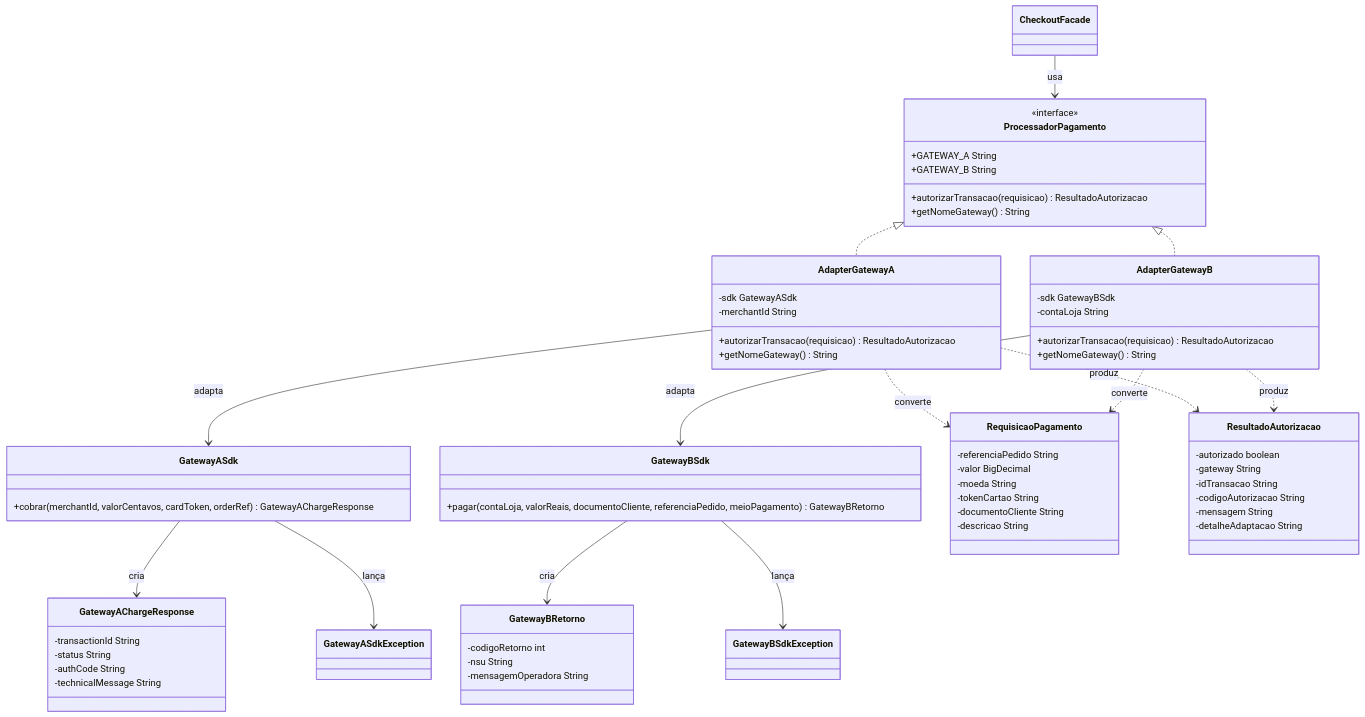
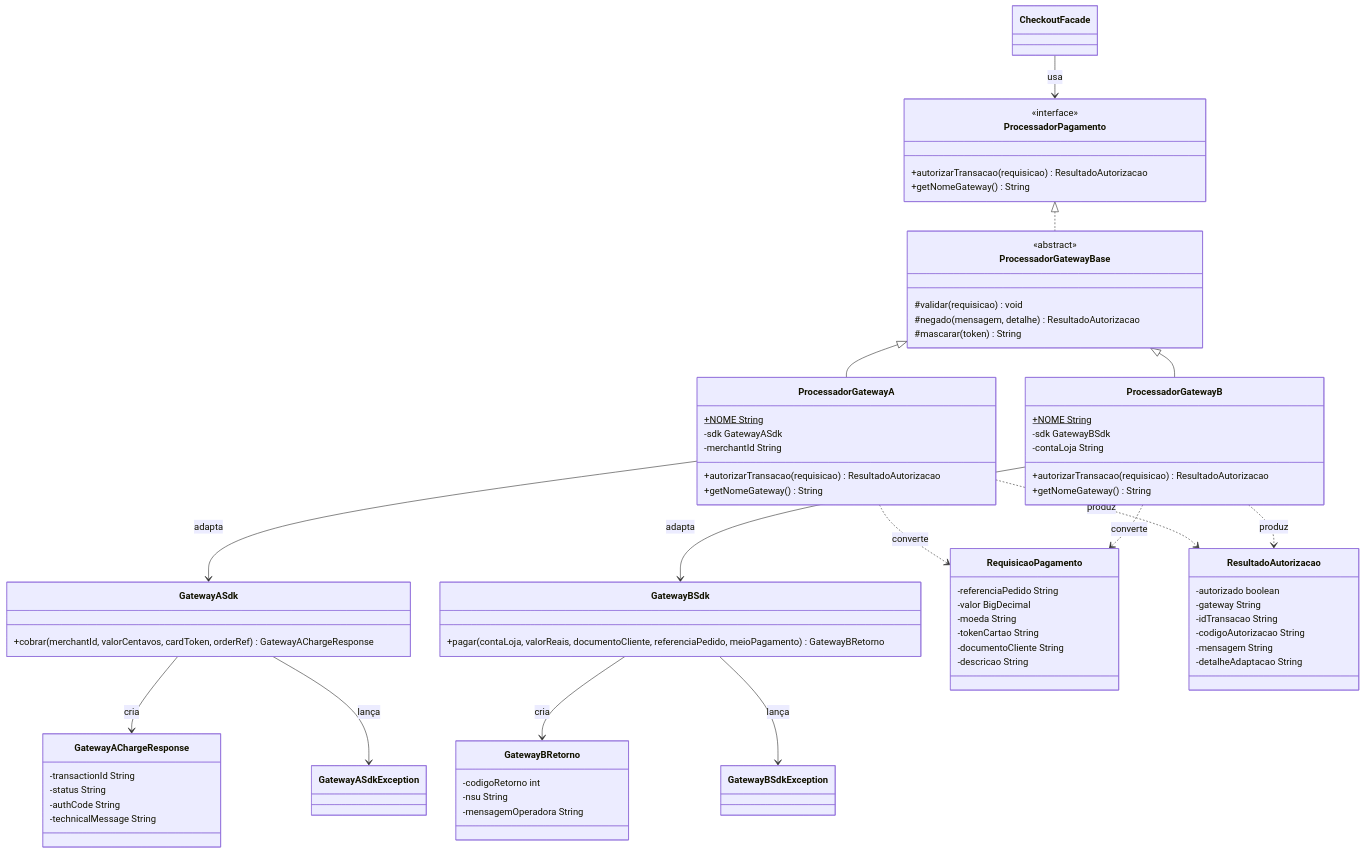
The diagram in docs/diagrams/adapter.md (HenriqueSpyder/Projeto-Padroes-GOF), drawn with Mermaid before and after one commit. The commit also changed other lines of this file and 16 other files, not shown here.

````diff
--- a/docs/diagrams/adapter.md
+++ b/docs/diagrams/adapter.md
@@ -7,72 +7,79 @@
 ```mermaid
 classDiagram
     class ProcessadorPagamento {
         <<interface>>
-        +GATEWAY_A String
-        +GATEWAY_B String
         +autorizarTransacao(requisicao) ResultadoAutorizacao
         +getNomeGateway() String
     }
-    class AdapterGatewayA {
+    class ProcessadorGatewayBase {
+        <<abstract>>
+        #validar(requisicao) void
+        #negado(mensagem, detalhe) ResultadoAutorizacao
+        #mascarar(token) String
+    }
+    class ProcessadorGatewayA {
+        +NOME String$
         -sdk GatewayASdk
         -merchantId String
         +autorizarTransacao(requisicao) ResultadoAutorizacao
         +getNomeGateway() String
     }
-    class AdapterGatewayB {
+    class ProcessadorGatewayB {
+        +NOME String$
         -sdk GatewayBSdk
         -contaLoja String
         +autorizarTransacao(requisicao) ResultadoAutorizacao
         +getNomeGateway() String
     }
     class GatewayASdk {
         +cobrar(merchantId, valorCentavos, cardToken, orderRef) GatewayAChargeResponse
     }
     class GatewayAChargeResponse {
         -transactionId String
         -status String
         -authCode String
         -technicalMessage String
     }
     class GatewayASdkException
     class GatewayBSdk {
         +pagar(contaLoja, valorReais, documentoCliente, referenciaPedido, meioPagamento) GatewayBRetorno
     }
     class GatewayBRetorno {
         -codigoRetorno int
         -nsu String
         -mensagemOperadora String
     }
     class GatewayBSdkException
     class RequisicaoPagamento {
         -referenciaPedido String
         -valor BigDecimal
         -moeda String
         -tokenCartao String
         -documentoCliente String
         -descricao String
     }
     class ResultadoAutorizacao {
         -autorizado boolean
         -gateway String
         -idTransacao String
         -codigoAutorizacao String
         -mensagem String
         -detalheAdaptacao String
     }
     class CheckoutFacade
 
-    ProcessadorPagamento <|.. AdapterGatewayA
-    ProcessadorPagamento <|.. AdapterGatewayB
-    AdapterGatewayA --> GatewayASdk : adapta
-    AdapterGatewayB --> GatewayBSdk : adapta
+    ProcessadorPagamento <|.. ProcessadorGatewayBase
+    ProcessadorGatewayBase <|-- ProcessadorGatewayA
+    ProcessadorGatewayBase <|-- ProcessadorGatewayB
+    ProcessadorGatewayA --> GatewayASdk : adapta
+    ProcessadorGatewayB --> GatewayBSdk : adapta
     GatewayASdk --> GatewayAChargeResponse : cria
     GatewayASdk --> GatewayASdkException : lança
     GatewayBSdk --> GatewayBRetorno : cria
     GatewayBSdk --> GatewayBSdkException : lança
-    AdapterGatewayA ..> RequisicaoPagamento : converte
-    AdapterGatewayB ..> RequisicaoPagamento : converte
-    AdapterGatewayA ..> ResultadoAutorizacao : produz
-    AdapterGatewayB ..> ResultadoAutorizacao : produz
+    ProcessadorGatewayA ..> RequisicaoPagamento : converte
+    ProcessadorGatewayB ..> RequisicaoPagamento : converte
+    ProcessadorGatewayA ..> ResultadoAutorizacao : produz
+    ProcessadorGatewayB ..> ResultadoAutorizacao : produz
     CheckoutFacade --> ProcessadorPagamento : usa
 ```
````
